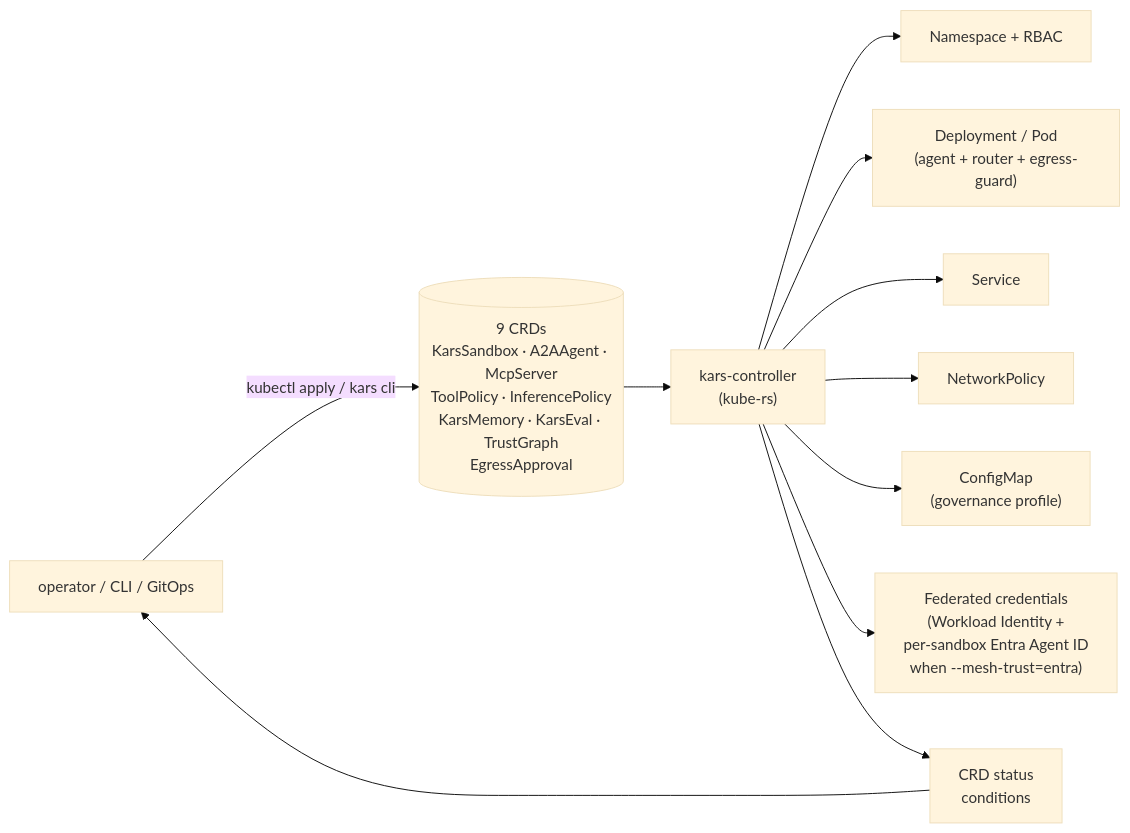
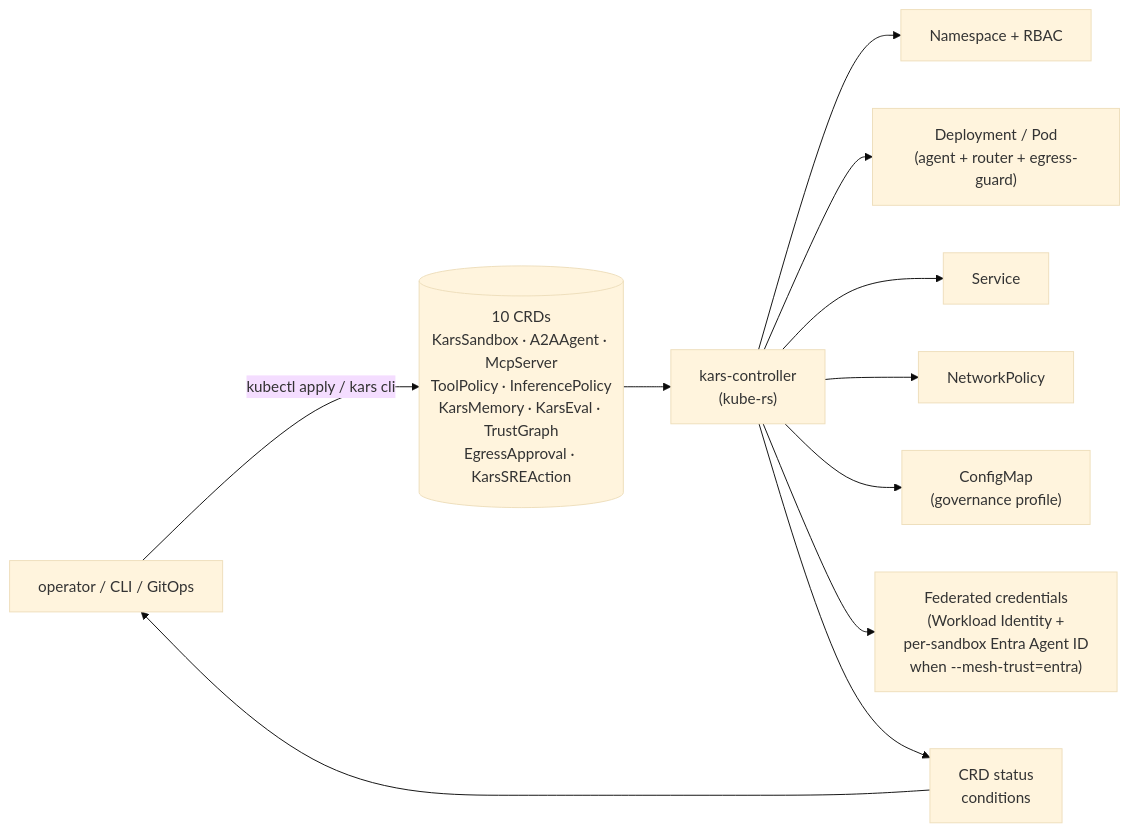
Before and after one commit to lachie83/kars: the sixth of 9 diagrams in docs/architecture-diagrams.md, drawn with Mermaid (base theme). The commit also changed other lines of this file and 175 other files, not shown here.

````diff
--- a/docs/architecture-diagrams.md
+++ b/docs/architecture-diagrams.md
@@ -223,18 +225,18 @@
 ```mermaid
 flowchart LR
   User["operator / CLI / GitOps"]
-  CRD[("9 CRDs<br/>KarsSandbox · A2AAgent · McpServer<br/>ToolPolicy · InferencePolicy<br/>KarsMemory · KarsEval · TrustGraph<br/>EgressApproval")]
+  CRD[("10 CRDs<br/>KarsSandbox · A2AAgent · McpServer<br/>ToolPolicy · InferencePolicy<br/>KarsMemory · KarsEval · TrustGraph<br/>EgressApproval · KarsSREAction")]
   Ctrl["kars-controller<br/>(kube-rs)"]
 
   User -->|kubectl apply / kars cli| CRD
   CRD --> Ctrl
   Ctrl --> NS["Namespace + RBAC"]
   Ctrl --> Dep["Deployment / Pod<br/>(agent + router + egress-guard)"]
   Ctrl --> Svc["Service"]
   Ctrl --> NP["NetworkPolicy"]
   Ctrl --> CM["ConfigMap<br/>(governance profile)"]
   Ctrl --> FedCred["Federated credentials<br/>(Workload Identity +<br/>per-sandbox Entra Agent ID<br/>when --mesh-trust=entra)"]
   Ctrl --> Status["CRD status<br/>conditions"]
 
   Status --> User
 ```
````
